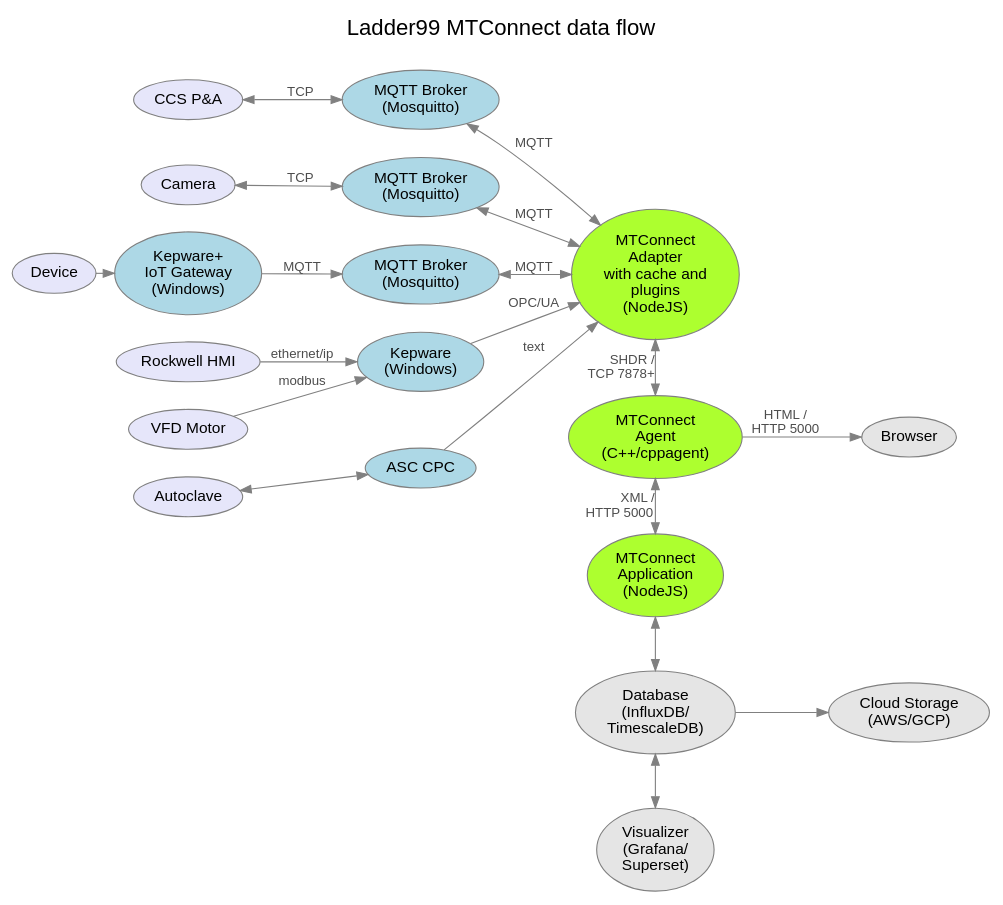
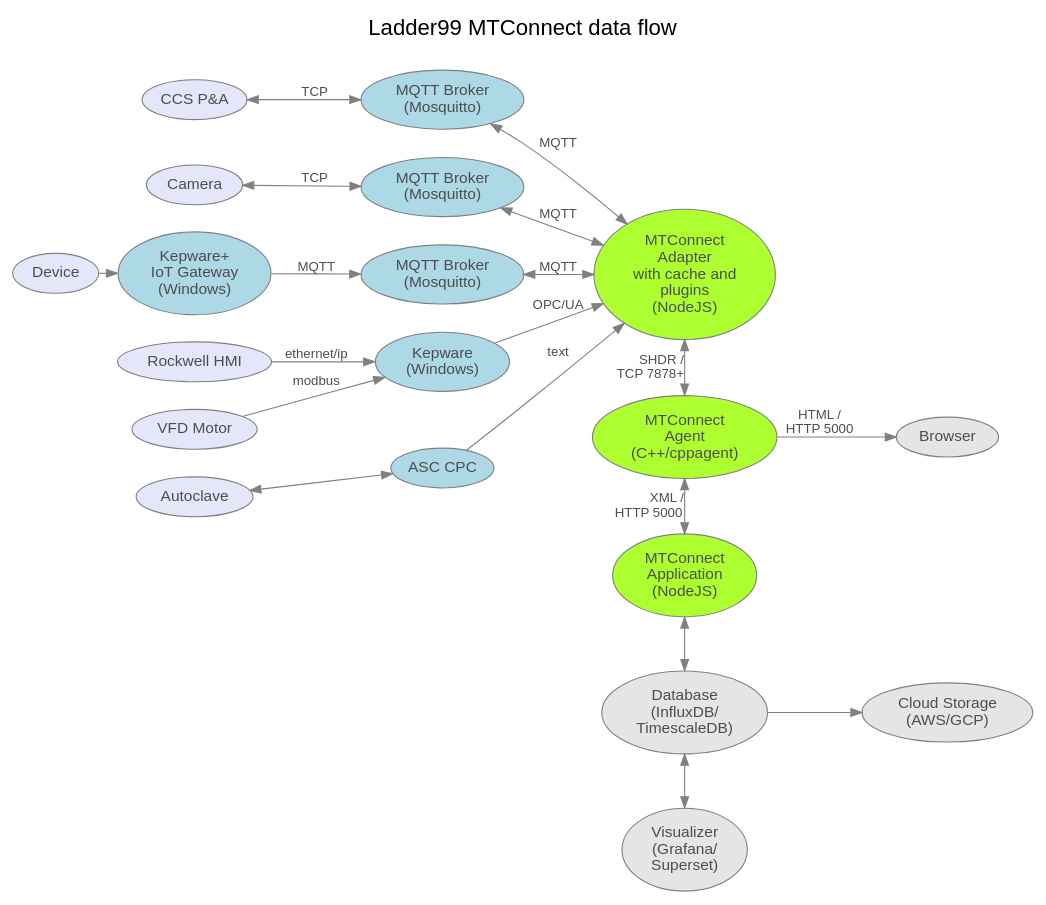
The diagram in design/architecture.dot (Ladder99/ladder99), drawn with Graphviz before and after one commit.

```diff
--- a/design/architecture.dot
+++ b/design/architecture.dot
@@ -1,110 +1,110 @@
 // graphviz diagram
 // colors https://www.graphviz.org/doc/info/colors.html
 
 digraph "ladder99-mtconnect" {
 
   //------------------------------------------------------------------------
   // styles
   //------------------------------------------------------------------------
 
   graph [ label="Ladder99 MTConnect data flow\n ", color=lightgray; ];
   graph [ fontsize=20 ];
   graph [ labelloc=t ];
   graph [ ranksep=0.2 ];
   graph [ nodesep=0.35 ];
   graph [ rankdir=LR; ] // left-to-right
-  graph [ fontname=arial ];
+  graph [ fontname="sans-serif" ];
 
   node [ color=gray, fillcolor=white, style=filled ];
-  node [ fontname=arial ];
+  node [ fontname="sans-serif", fontcolor=gray30 ];
 
   edge [ color=gray ];
   edge [ fontsize=12, fontcolor=gray30 ];
-  edge [ fontname=arial ];
+  edge [ fontname="sans-serif" ];
 
 
   //------------------------------------------------------------------------
   // nodes
   //------------------------------------------------------------------------
 
   // devices
   PA [ fillcolor=lavender, label="CCS P&A" ];
   HMI [ fillcolor=lavender, label="Rockwell HMI" ];
   Motor [ fillcolor=lavender, label="VFD Motor" ];
   OldMachine3 [ fillcolor=lavender, label="Device" ];
   Camera [ fillcolor=lavender, label="Camera" ];
   Autoclave [ fillcolor=lavender, label="Autoclave" ];
   // OldMachine1 [ fillcolor=lavender, label="Old Machine 1" ];
 
   // intermediaries
   Broker1 [ fillcolor=lightblue, label="MQTT Broker\n(Mosquitto)" ];
   Broker3 [ fillcolor=lightblue, label="MQTT Broker\n(Mosquitto)" ];
   Broker4 [ fillcolor=lightblue, label="MQTT Broker\n(Mosquitto)" ];
   Kepware1 [ fillcolor=lightblue, label="Kepware\n(Windows)"];
   Kepware2 [ fillcolor=lightblue, label="Kepware+\nIoT Gateway\n(Windows)"];
   CPC [ fillcolor=lightblue, label="ASC CPC" ];
   // PLC4X [ fillcolor=lightblue, label="PLC4X\n(Java)" ];
 
   // mtconnect
   Adapter [ fillcolor=greenyellow, label="MTConnect\nAdapter\nwith cache and\nplugins\n(NodeJS)" ];
   Agent [ fillcolor=greenyellow, label="MTConnect\nAgent\n(C++/cppagent)" ];
   Application [ fillcolor=greenyellow, label="MTConnect\nApplication\n(NodeJS)" ];
 
   // diode
   // DiodeSender [ label="Diode Sender\n(Java+RabbitMQ)" ];
   // DiodeReceiver [ label="Diode Receiver\n(Java+RabbitMQ)" ];
 
   // applications
   Database [ fillcolor=gray90, label="Database\n(InfluxDB/\nTimescaleDB)" ];
   Visualizer [ fillcolor=gray90, label="Visualizer\n(Grafana/\nSuperset)" ];
   Cloud [ fillcolor=gray90, label="Cloud Storage\n(AWS/GCP)" ];
   Browser [ fillcolor=gray90 ];
   // LOI [ fillcolor=gray90, label="LOI\n(SvelteJS)" ];
 
   // users
   // Admin [ fillcolor=lightyellow ];
   // Operator [ fillcolor=lightyellow ];
 
 
   //------------------------------------------------------------------------
   // edges
   //------------------------------------------------------------------------
 
   PA -> Broker1 [ label="  TCP  ", dir=both ];
   Camera -> Broker3 [ label="  TCP  ", dir=both ];
   Autoclave -> CPC [ dir=both ];
   Broker1 -> Adapter [ label="MQTT", dir=both ];
   Broker3 -> Adapter [ label="MQTT", dir=both ];
   Broker4 -> Adapter [ label="MQTT", dir=both ];
   // OldMachine1 -> PLC4X; // [ label="proprietary\nprotocol" ];
   // PLC4X -> Broker3 [ label="" ];
   HMI -> Kepware1 [ label="ethernet/ip" ];
   Motor -> Kepware1 [ label="modbus" ];
   Kepware1 -> Adapter [ label="OPC/UA" ];
   // Kepware2 -> Gateway;
   CPC -> Adapter [ label="text" ];
   // Gateway -> Broker4 [ label="MQTT" ];
   OldMachine3 -> Kepware2;
   Kepware2 -> Broker4 [ label="MQTT" ];
   Adapter -> Agent [ label="SHDR /   \nTCP 7878+         ", dir=both ];
   // Adapter -> DiodeSender [ label="SHDR /   \nTCP 7878      ", dir=both, style=dotted ];
   // DiodeSender -> DiodeReceiver [ label="UDP    ", style=dotted ];
   // DiodeReceiver -> Agent [ label="SHDR /    \nTCP 7878        ", style=dotted ];
   Agent -> Application [ dir=both; label="XML / \nHTTP 5000          " ];
   Agent -> Browser [ label="HTML /\nHTTP 5000" ];
   Application -> Database [ dir=both ];
   Database -> Visualizer [ dir=both ];
   Database -> Cloud;
   // Visualizer -> Admin [ dir=both ];
   // Application -> LOI;
   // LOI -> Operator;
 
 
   //------------------------------------------------------------------------
   // ranks
   //------------------------------------------------------------------------
 
   { rank=same; Adapter Agent Application Database Visualizer };
   // { rank=same; DiodeSender DiodeReceiver Cloud Admin };
   // { rank=same; Cloud Admin };
 }
```
